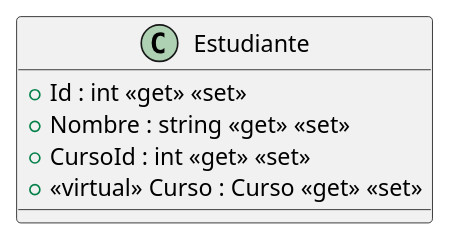
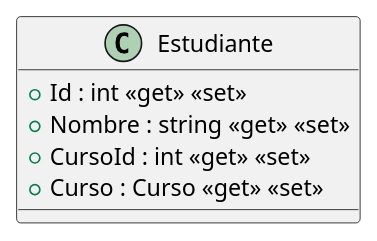
The diagram in BackEnd/App.Api/Modelos/Estudiante.puml (wkrea/appdemo), drawn with PlantUML before and after one commit. The commit also changed 1 other file, not shown here.

```diff
--- a/BackEnd/App.Api/Modelos/Estudiante.puml
+++ b/BackEnd/App.Api/Modelos/Estudiante.puml
@@ -1,8 +1,8 @@
 @startuml
 class Estudiante {
     + Id : int <<get>> <<set>>
     + Nombre : string <<get>> <<set>>
     + CursoId : int <<get>> <<set>>
-    + <<virtual>> Curso : Curso <<get>> <<set>>
+    + Curso : Curso <<get>> <<set>>
 }
 @enduml
```
